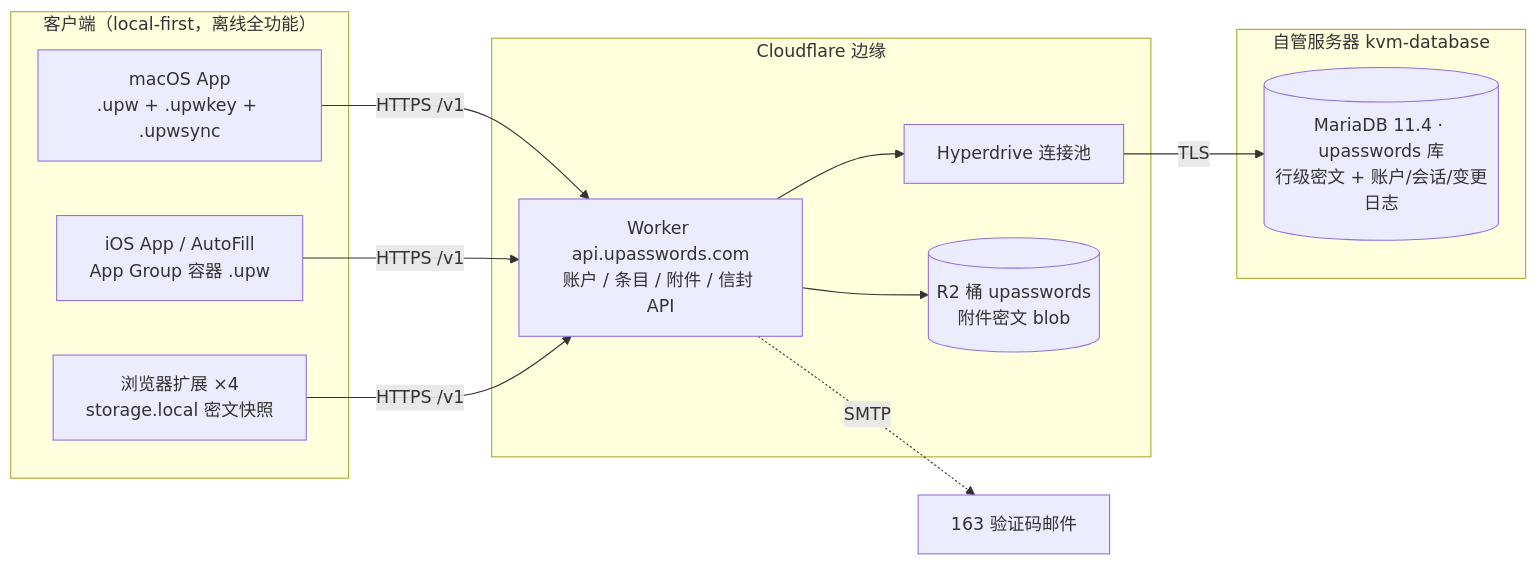
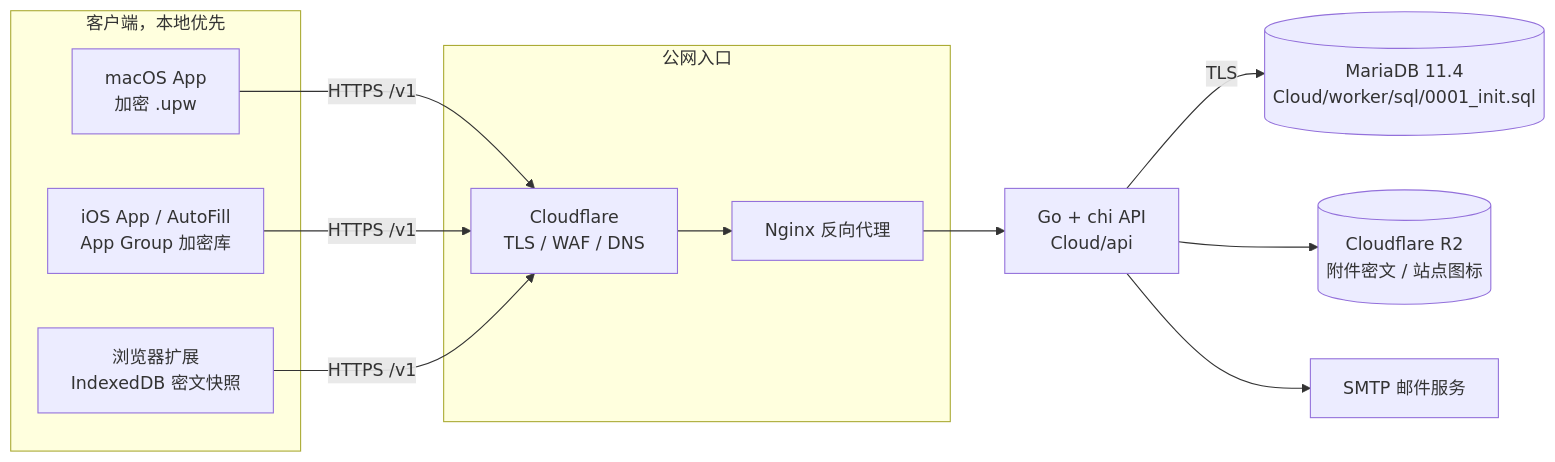
One commit to Lizhen0628/UPasswords changed the diagram in Cloud/DESIGN.md. Above: the diagram before and after it, drawn with Mermaid. The commit also changed other lines of this file and 77 other files, not shown here.

````diff
--- a/Cloud/DESIGN.md
+++ b/Cloud/DESIGN.md
@@ -36,23 +19,23 @@
-```mermaid
+~~~mermaid
 flowchart LR
-    subgraph clients ["客户端（local-first，离线全功能）"]
-        MAC["macOS App<br/>.upw + .upwkey + .upwsync"]
-        IOS["iOS App / AutoFill<br/>App Group 容器 .upw"]
-        EXT["浏览器扩展 ×4<br/>storage.local 密文快照"]
+    subgraph clients ["客户端，本地优先"]
+        MAC["macOS App<br/>加密 .upw"]
+        IOS["iOS App / AutoFill<br/>App Group 加密库"]
+        EXT["浏览器扩展<br/>IndexedDB 密文快照"]
     end
-    subgraph edge ["Cloudflare 边缘"]
-        W["Worker api.upasswords.com<br/>账户 / 条目 / 附件 / 信封 API"]
-        HD["Hyperdrive 连接池"]
-        R2[("R2 桶 upasswords<br/>附件密文 blob")]
+    subgraph ingress ["公网入口"]
+        CF["Cloudflare<br/>TLS / WAF / DNS"]
+        NGINX["Nginx 反向代理"]
     end
-    subgraph dc ["自管服务器 kvm-database"]
-        DB[("MariaDB 11.4 · upasswords 库<br/>行级密文 + 账户/会话/变更日志")]
-    end
-    MAC -->|HTTPS /v1| W
-    IOS -->|HTTPS /v1| W
-    EXT -->|HTTPS /v1| W
-    W --> HD
-    HD -->|TLS| DB
-    W --> R2
-    W -.->|SMTP| MAIL["163 验证码邮件"]
-```
+    API["Go + chi API<br/>Cloud/api"]
+    DB[("MariaDB 11.4<br/>Cloud/worker/sql/0001_init.sql")]
+    R2[("Cloudflare R2<br/>附件密文 / 站点图标")]
+    SMTP["SMTP 邮件服务"]
+    CF --> NGINX --> API
+    MAC -->|HTTPS /v1| CF
+    IOS -->|HTTPS /v1| CF
+    EXT -->|HTTPS /v1| CF
+    API -->|TLS| DB
+    API --> R2
+    API --> SMTP
+~~~
````
